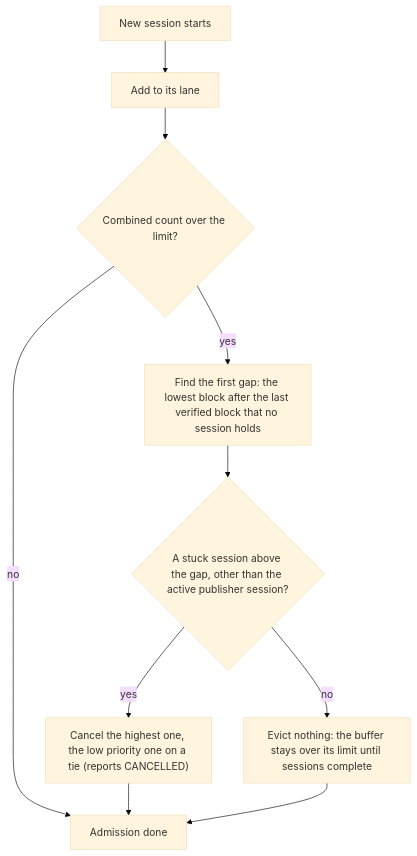
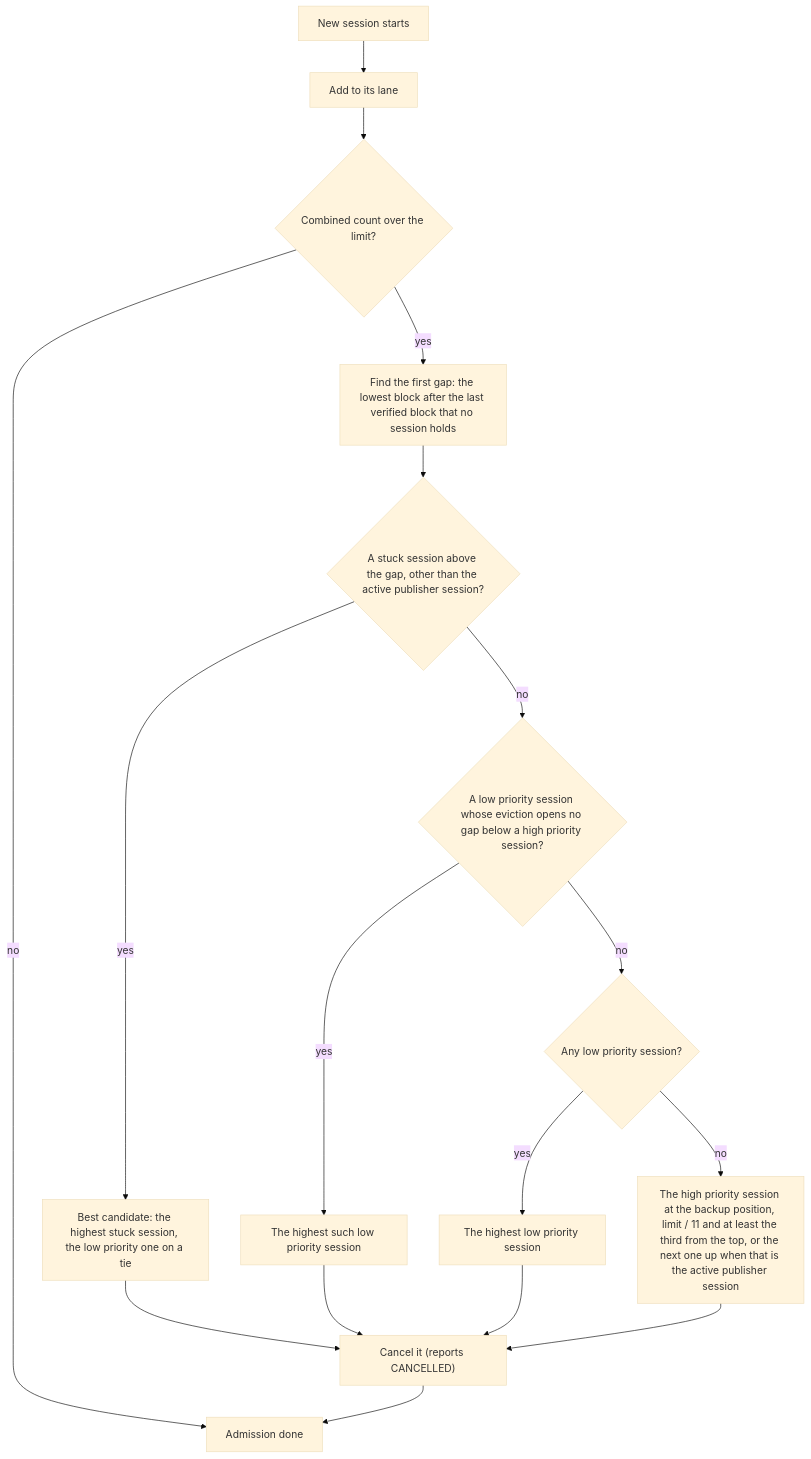
Before and after one commit to hiero-ledger/hiero-block-node: the fifth of 5 diagrams in docs/design/block-verification.md, drawn with Mermaid (base theme). The commit also changed other lines of this file and 15 other files, not shown here.

````diff
--- a/docs/design/block-verification.md
+++ b/docs/design/block-verification.md
@@ -451,12 +496,19 @@
 ```mermaid
 flowchart TD
     NS[New session starts] --> ADD[Add to its lane]
     ADD --> FULL{"Combined count over the limit?"}
     FULL -- no --> RUN[Admission done]
     FULL -- yes --> GAP["Find the first gap: the lowest block after the last verified block that no session holds"]
     GAP --> STUCK{"A stuck session above the gap, other than the active publisher session?"}
-    STUCK -- yes --> C1["Cancel the highest one, the low priority one on a tie (reports CANCELLED)"]
-    STUCK -- no --> OVER["Evict nothing: the buffer stays over its limit until sessions complete"]
-    C1 --> RUN
-    OVER --> RUN
+    STUCK -- yes --> C1["Best candidate: the highest stuck session, the low priority one on a tie"]
+    STUCK -- no --> LOW{"A low priority session whose eviction opens no gap below a high priority session?"}
+    LOW -- yes --> C2["The highest such low priority session"]
+    LOW -- no --> ANYLOW{"Any low priority session?"}
+    ANYLOW -- yes --> C3["The highest low priority session"]
+    ANYLOW -- no --> C4["The high priority session at the backup position, limit / 11 and at least the third from the top, or the next one up when that is the active publisher session"]
+    C1 --> CANCEL["Cancel it (reports CANCELLED)"]
+    C2 --> CANCEL
+    C3 --> CANCEL
+    C4 --> CANCEL
+    CANCEL --> RUN
 ```
````
